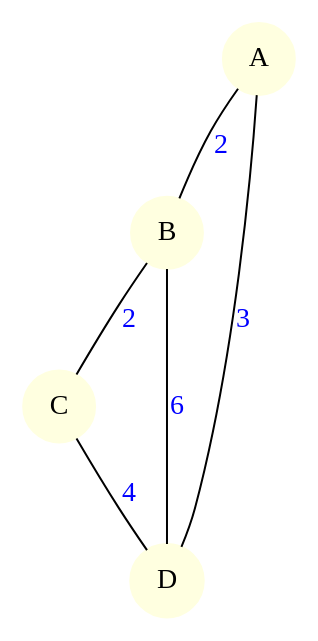
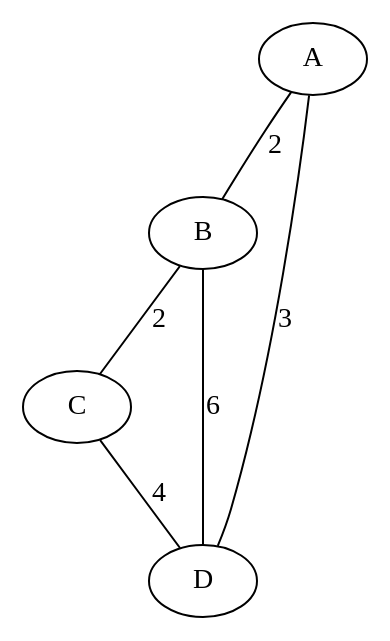
Before and after one commit to ncs-pl/floyd-arn: the diagram in bytequest.dot, drawn with Graphviz. The commit also changed 7 other files, not shown here.

```diff
--- a/bytequest.dot
+++ b/bytequest.dot
@@ -1,15 +1,12 @@
-graph bytequest {
-    node [shape=circle, style=filled, color=lightyellow, fontcolor=black];
-    edge [color=black, fontcolor=blue];
-
+graph G {
     A [label="A"];
     B [label="B"];
     C [label="C"];
     D [label="D"];
 
     A -- B [label="2", weight=2];
     A -- D [label="3", weight=3];
     B -- C [label="2", weight=2];
+    B -- D [label="6", weight=6];
     C -- D [label="4", weight=4];
-    D -- B [label="6", weight=6];
 }
```
